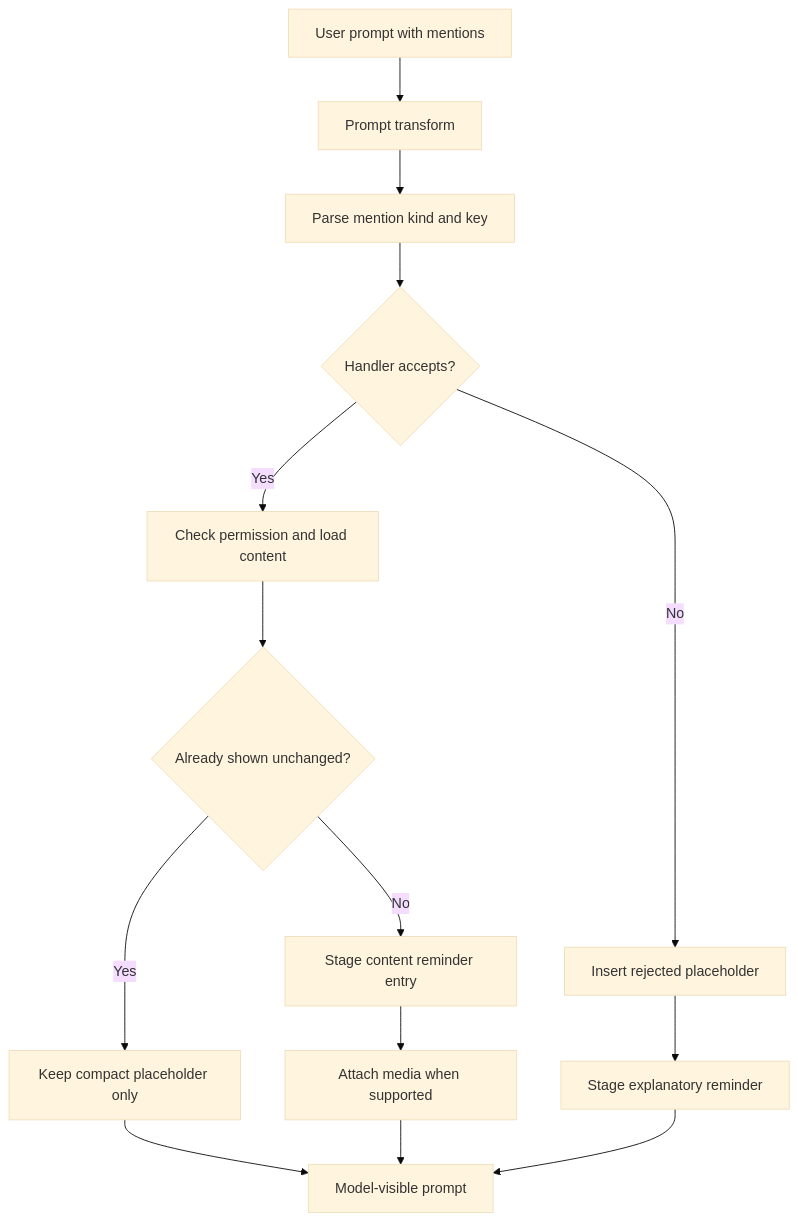
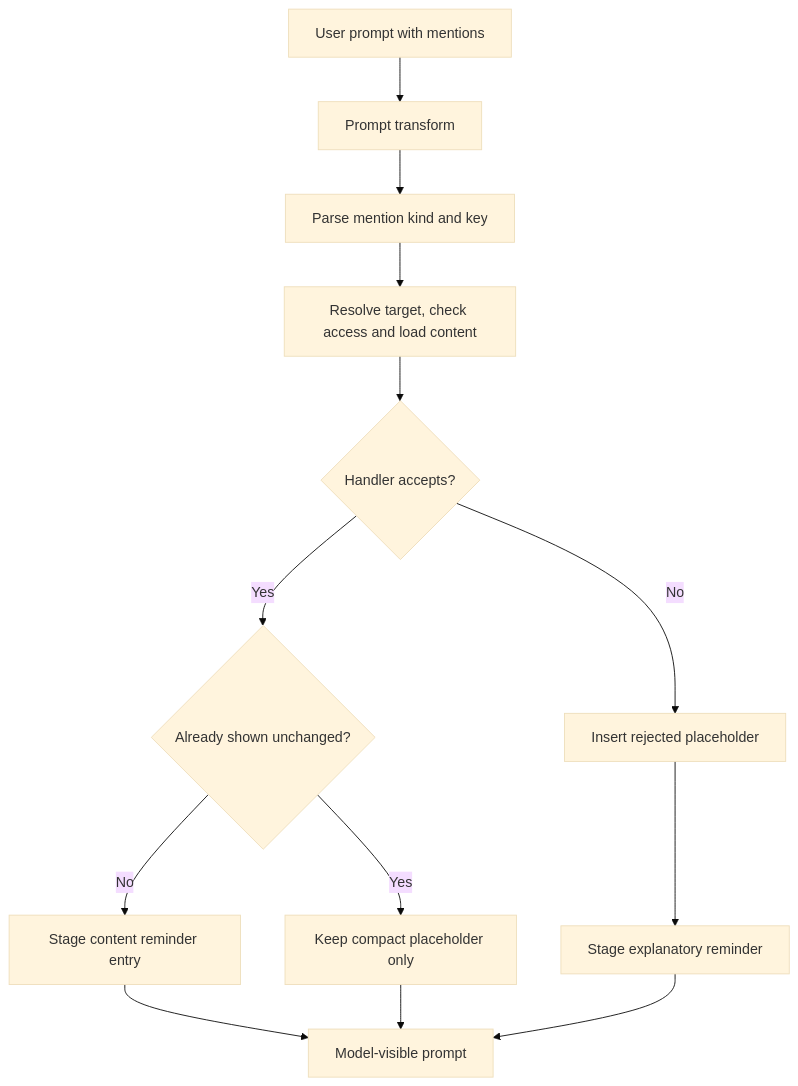
Before and after one commit to FrauH0lle/mevedel: the diagram in docs/mentions.md, drawn with Mermaid (base theme). The commit also changed other lines of this file and 166 other files, not shown here.

````diff
--- a/docs/mentions.md
+++ b/docs/mentions.md
@@ -174,16 +173,15 @@
 ```mermaid
 flowchart TD
     A[User prompt with mentions] --> B[Prompt transform]
     B --> C[Parse mention kind and key]
-    C --> D{Handler accepts?}
+    C --> G[Resolve target, check access and load content]
+    G --> D{Handler accepts?}
     D -- No --> E[Insert rejected placeholder]
     E --> F[Stage explanatory reminder]
-    D -- Yes --> G[Check permission and load content]
-    G --> H{Already shown unchanged?}
+    D -- Yes --> H{Already shown unchanged?}
     H -- Yes --> I[Keep compact placeholder only]
     H -- No --> J[Stage content reminder entry]
-    J --> K[Attach media when supported]
-    I --> L[Model-visible prompt]
-    K --> L
+    J --> L[Model-visible prompt]
+    I --> L
     F --> L
 ```
````
